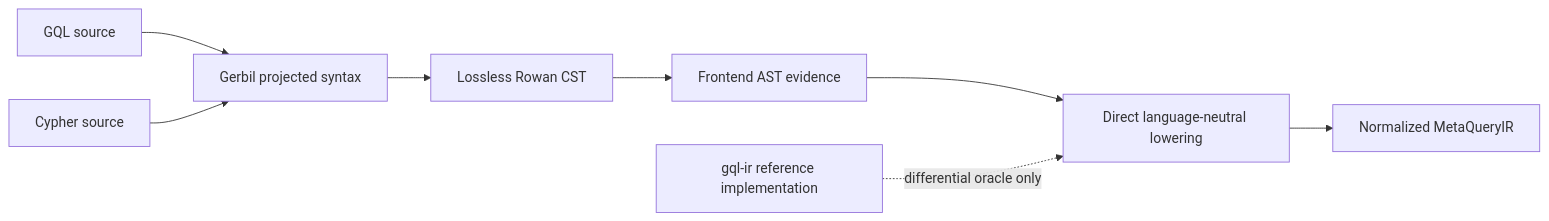
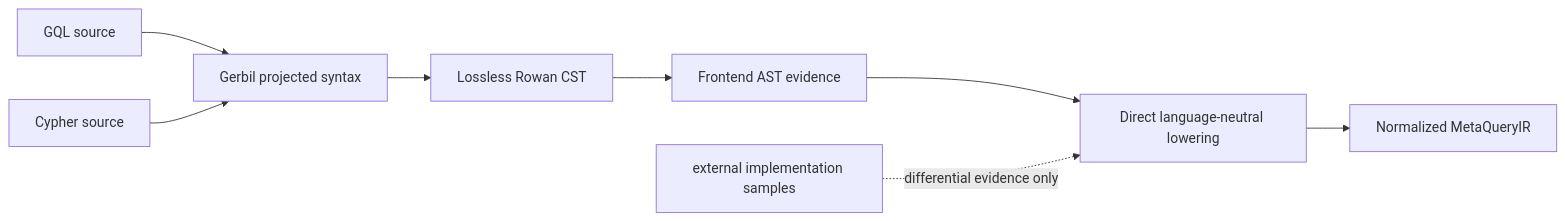
Before and after one commit to tao3k/meta-relational-reasoning: the diagram in docs/architecture/0007-gql-cypher-parity.org, drawn with Mermaid. The commit also changed other lines of this file and 240 other files, not shown here.

```diff
--- a/docs/architecture/0007-gql-cypher-parity.org
+++ b/docs/architecture/0007-gql-cypher-parity.org
@@ -32,10 +32,10 @@
 #+begin_src mermaid
 flowchart LR
   G[GQL source] --> GS[Gerbil projected syntax]
   C[Cypher source] --> GS
   GS --> R[Lossless Rowan CST]
   R --> A[Frontend AST evidence]
   A --> L[Direct language-neutral lowering]
   L --> M[Normalized MetaQueryIR]
-  O[gql-ir reference implementation] -. differential oracle only .-> L
+  O[external implementation samples] -. differential evidence only .-> L
 #+end_src
```
